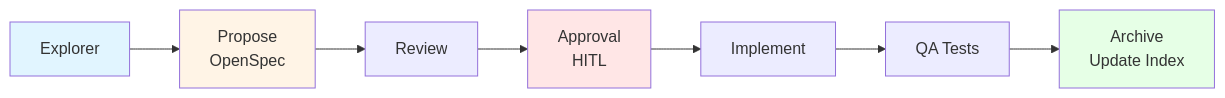
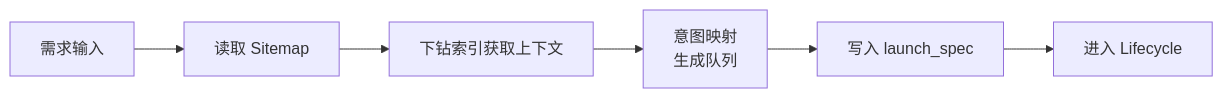
One commit to listener-He/java-harness-agent changed the second of 5 diagrams in README.md. Above: the diagram before and after it, drawn with Mermaid. The commit also changed other lines of this file and 12 other files, not shown here.

````diff
--- a/README.md
+++ b/README.md
@@ -110,14 +255,8 @@
 ```mermaid
-graph LR
-    A[Explorer] --> B[Propose<br/>OpenSpec]
-    B --> C[Review]
-    C --> D[Approval<br/>HITL]
-    D --> E[Implement]
-    E --> F[QA Tests]
-    F --> G[Archive<br/>Update Index]
-    
-    style A fill:#e1f5ff
-    style B fill:#fff4e6
-    style D fill:#ffe6e6
-    style G fill:#e6ffe6
+flowchart LR
+  A[需求输入] --> B[读取 Sitemap]
+  B --> C[下钻索引获取上下文]
+  C --> D[意图映射\n生成队列]
+  D --> E[写入 launch_spec]
+  E --> F[进入 Lifecycle]
 ```
````
